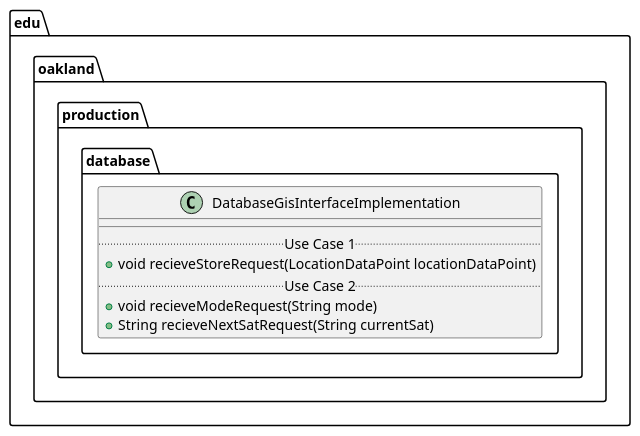
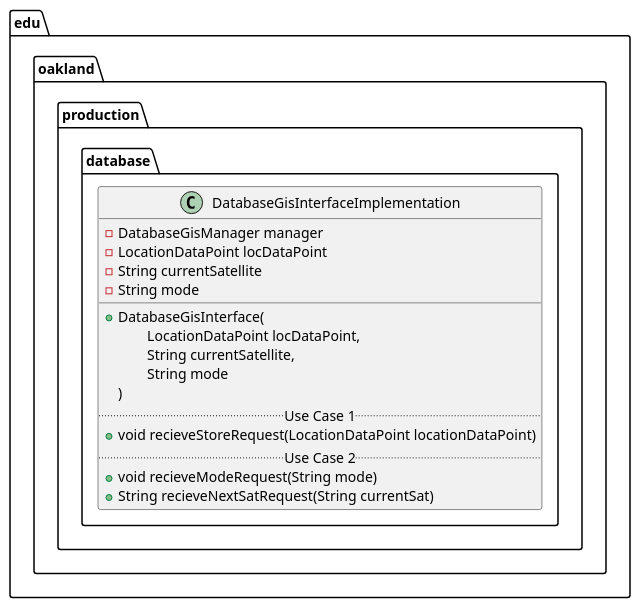
Before and after one commit to andrewdimmer/csi-3370-software-project: the diagram in docs/uml-class-diagrams/database/production/DatabaseGisInterfaceImplementation/DatabaseGisInterfaceImplementation.puml, drawn with PlantUML.

```diff
--- a/docs/uml-class-diagrams/database/production/DatabaseGisInterfaceImplementation/DatabaseGisInterfaceImplementation.puml
+++ b/docs/uml-class-diagrams/database/production/DatabaseGisInterfaceImplementation/DatabaseGisInterfaceImplementation.puml
@@ -1,14 +1,23 @@
 @startuml DatabaseGisInterfaceImplementation
 
 package edu.oakland.production.database {
     class DatabaseGisInterfaceImplementation {
+        - DatabaseGisManager manager
+        - LocationDataPoint locDataPoint
+        - String currentSatellite
+        - String mode
         __
+        + DatabaseGisInterface( 
+        \tLocationDataPoint locDataPoint,  
+        \tString currentSatellite,
+        \tString mode
+        )
         .. Use Case 1 ..
         + void recieveStoreRequest(LocationDataPoint locationDataPoint)
         .. Use Case 2 ..
         + void recieveModeRequest(String mode)
         + String recieveNextSatRequest(String currentSat)
     }
 }
 
 @enduml
```
